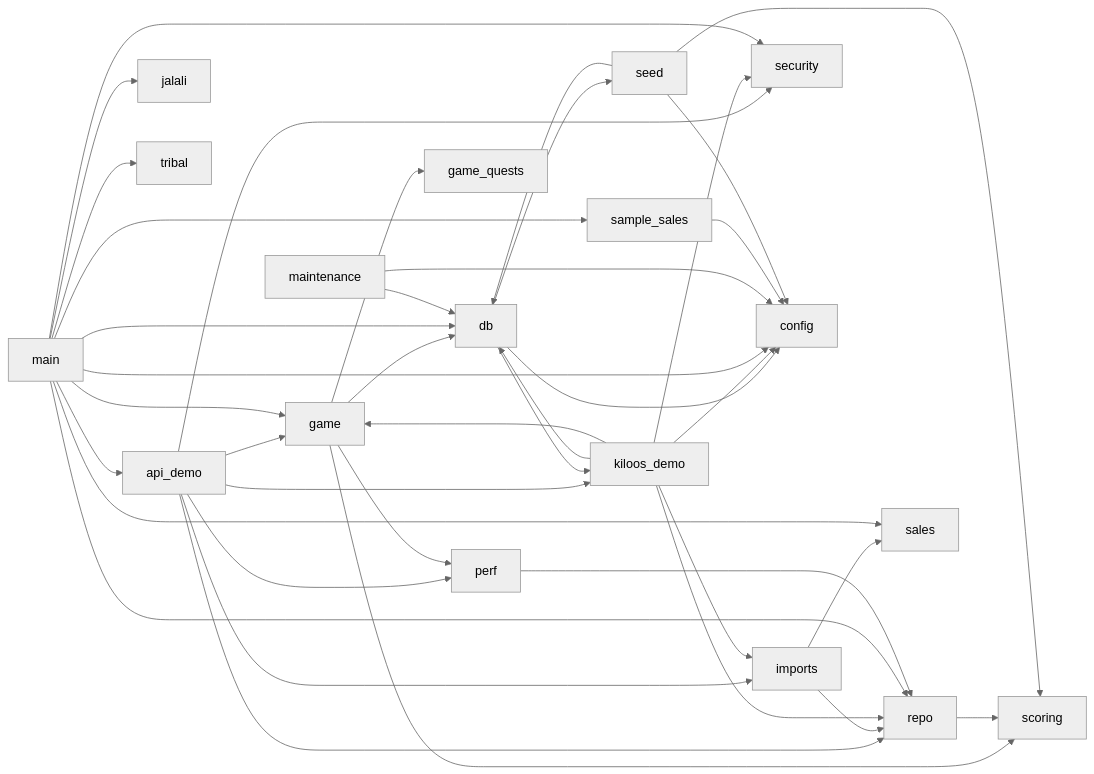
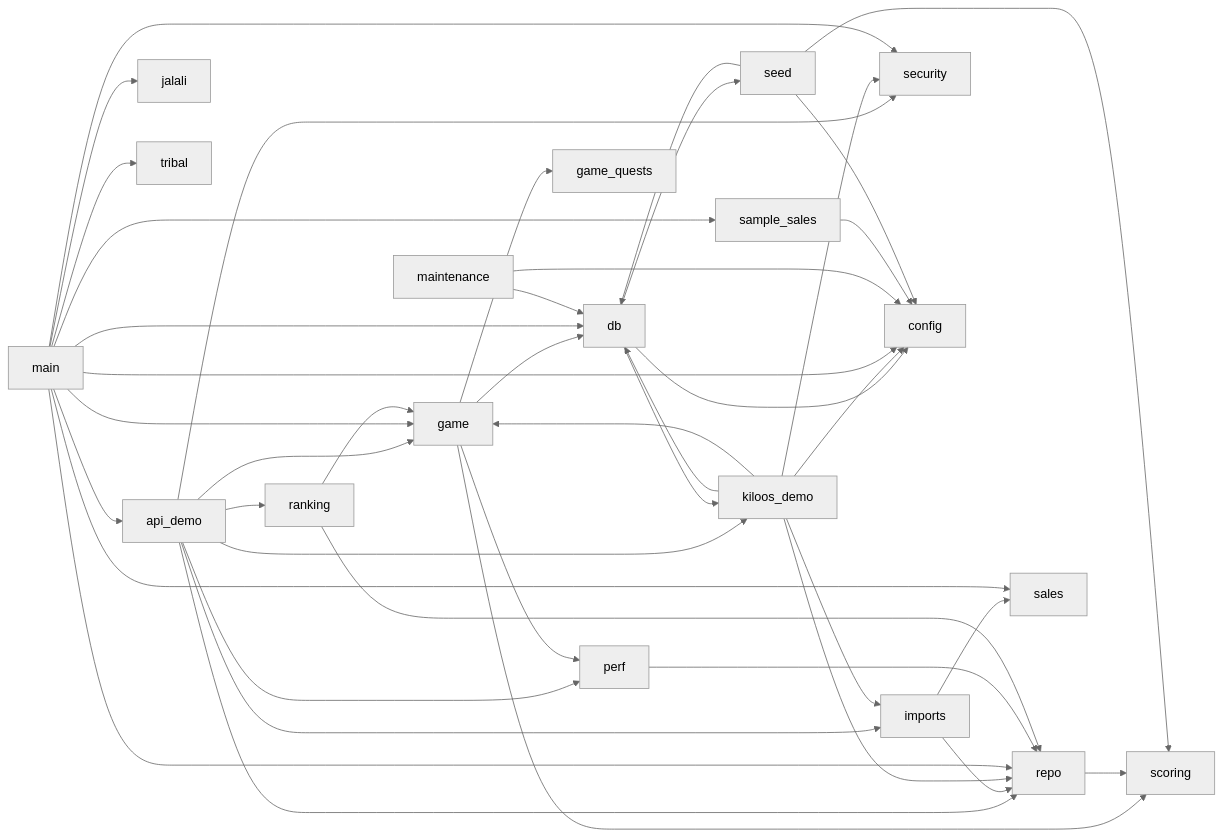
One commit to iciiex/comu-center changed the diagram in docs/agent-guide/code-map.md. Above: the diagram before and after it, drawn with Mermaid (neutral theme). The commit also changed other lines of this file and 4 other files, not shown here.

First line of the commit message:
Kiloos game demo: leaderboard scopes and windows (individual, team, branch)

````diff
--- a/docs/agent-guide/code-map.md
+++ b/docs/agent-guide/code-map.md
@@ -52,42 +53,45 @@
 ```mermaid
 graph LR
     api_demo --> game
     api_demo --> imports
     api_demo --> kiloos_demo
     api_demo --> perf
+    api_demo --> ranking
     api_demo --> repo
     api_demo --> security
     db --> config
     db --> kiloos_demo
     db --> seed
     game --> db
     game --> game_quests
     game --> perf
     game --> scoring
     imports --> repo
     imports --> sales
     kiloos_demo --> config
     kiloos_demo --> db
     kiloos_demo --> game
     kiloos_demo --> imports
     kiloos_demo --> repo
     kiloos_demo --> security
     main --> api_demo
     main --> config
     main --> db
     main --> game
     main --> jalali
     main --> repo
     main --> sales
     main --> sample_sales
     main --> security
     main --> tribal
     maintenance --> config
     maintenance --> db
     perf --> repo
+    ranking --> game
+    ranking --> repo
     repo --> scoring
     sample_sales --> config
     seed --> config
     seed --> db
     seed --> scoring
 ```
````
